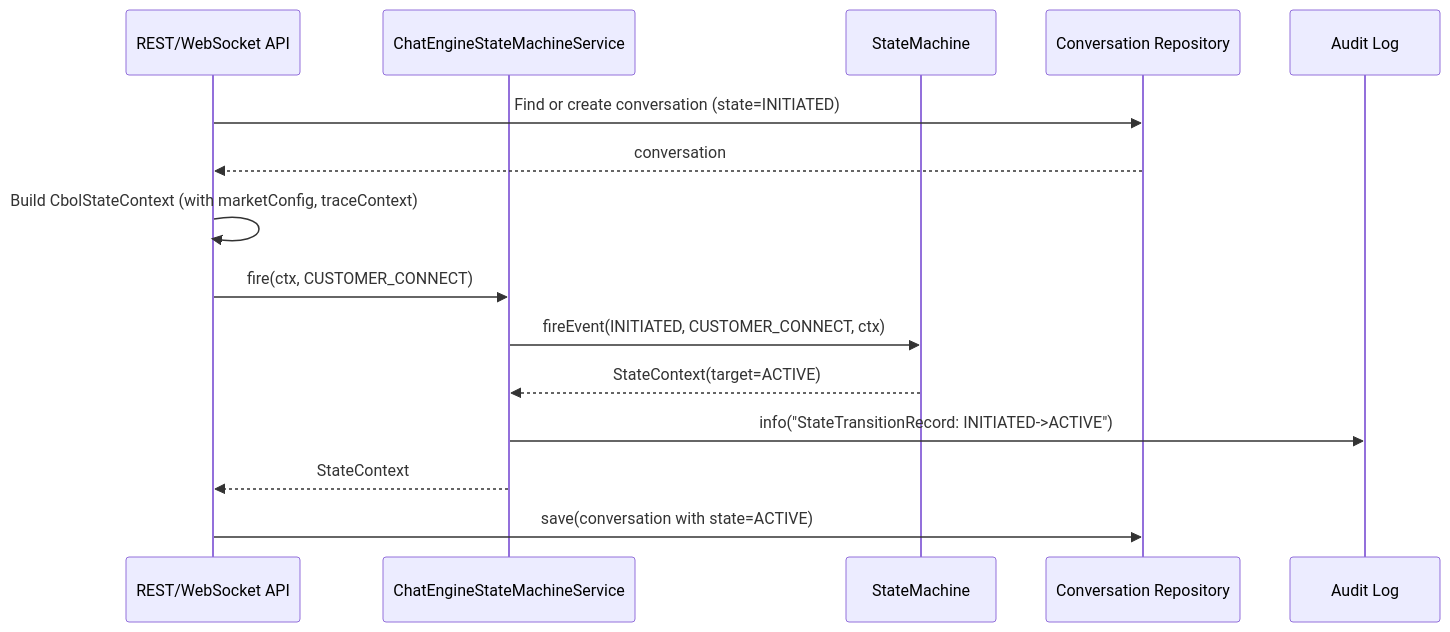
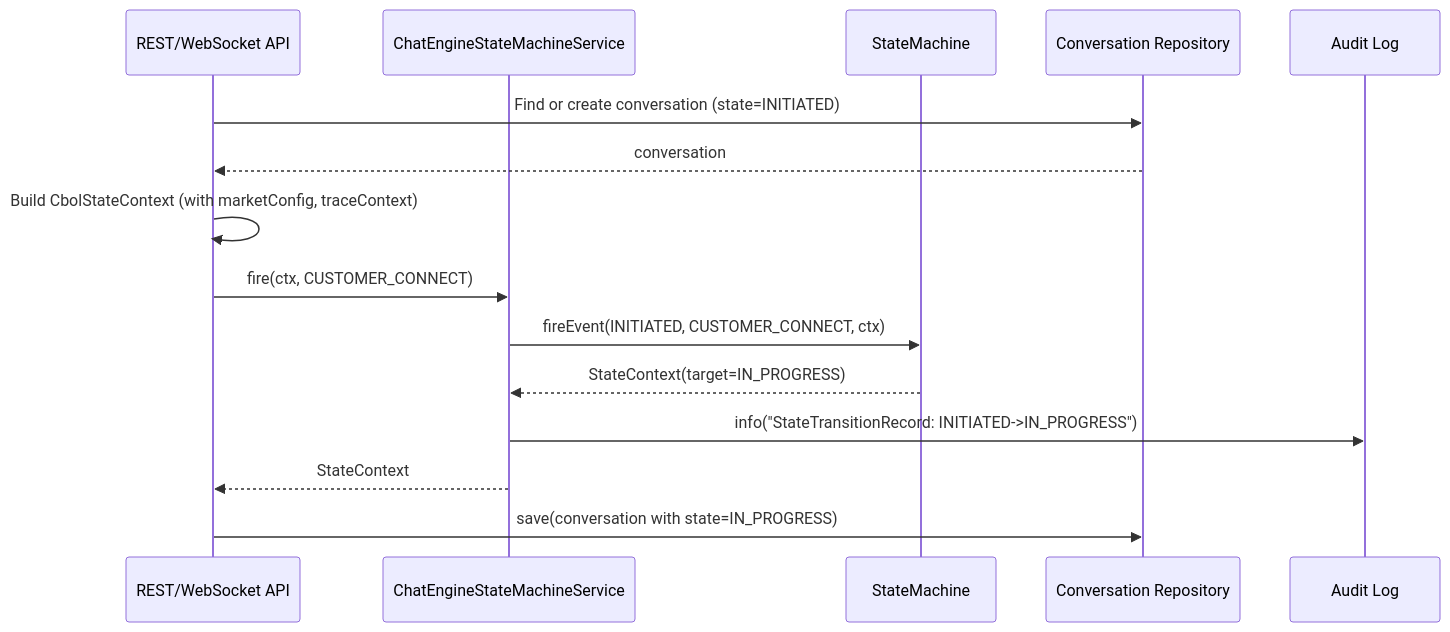
The fourth of 5 diagrams in 08-Code/state-machine/docs/02-CBOL-Business-Layer-Design.md (huangzhiqiu/ai-knowledge-design), drawn with Mermaid before and after one commit. The commit also changed other lines of this file and 23 other files, not shown here.

````diff
--- a/08-Code/state-machine/docs/02-CBOL-Business-Layer-Design.md
+++ b/08-Code/state-machine/docs/02-CBOL-Business-Layer-Design.md
@@ -555,18 +555,18 @@
 ```mermaid
 sequenceDiagram
     participant API as REST/WebSocket API
     participant Svc as ChatEngineStateMachineService
     participant SM as StateMachine
     participant Repo as Conversation Repository
     participant Log as Audit Log
 
     API->>Repo: Find or create conversation (state=INITIATED)
     Repo-->>API: conversation
     API->>API: Build CbolStateContext (with marketConfig, traceContext)
     API->>Svc: fire(ctx, CUSTOMER_CONNECT)
     Svc->>SM: fireEvent(INITIATED, CUSTOMER_CONNECT, ctx)
-    SM-->>Svc: StateContext(target=ACTIVE)
-    Svc->>Log: info("StateTransitionRecord: INITIATED->ACTIVE")
+    SM-->>Svc: StateContext(target=IN_PROGRESS)
+    Svc->>Log: info("StateTransitionRecord: INITIATED->IN_PROGRESS")
     Svc-->>API: StateContext
-    API->>Repo: save(conversation with state=ACTIVE)
+    API->>Repo: save(conversation with state=IN_PROGRESS)
 ```
````
